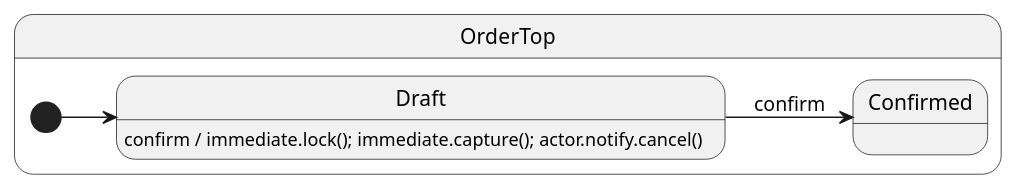
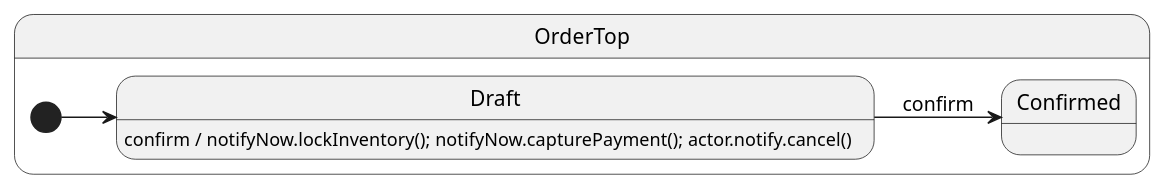
The diagram in packages/ihsm/examples/17-post-now/README.md (filasieno/ihsm), drawn with PlantUML before and after one commit. The commit also changed other lines of this file and 55 other files, not shown here.

````diff
--- a/packages/ihsm/examples/17-post-now/README.md
+++ b/packages/ihsm/examples/17-post-now/README.md
@@ -15,10 +15,10 @@
 ```plantuml
 @startuml
 left to right direction
 state OrderTop {
   [*] --> Draft
-  Draft : confirm / immediate.lock(); immediate.capture(); actor.notify.cancel()
+  Draft : confirm / notifyNow.lockInventory(); notifyNow.capturePayment(); actor.notify.cancel()
   Draft --> Confirmed : confirm
 }
 @enduml
 ```
````
